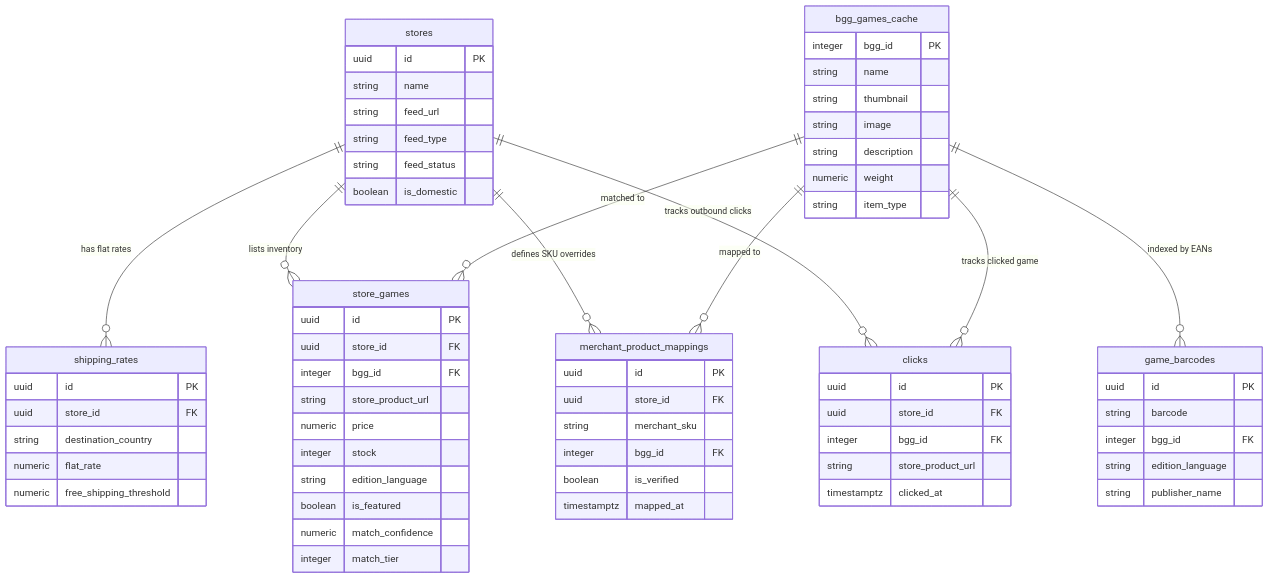
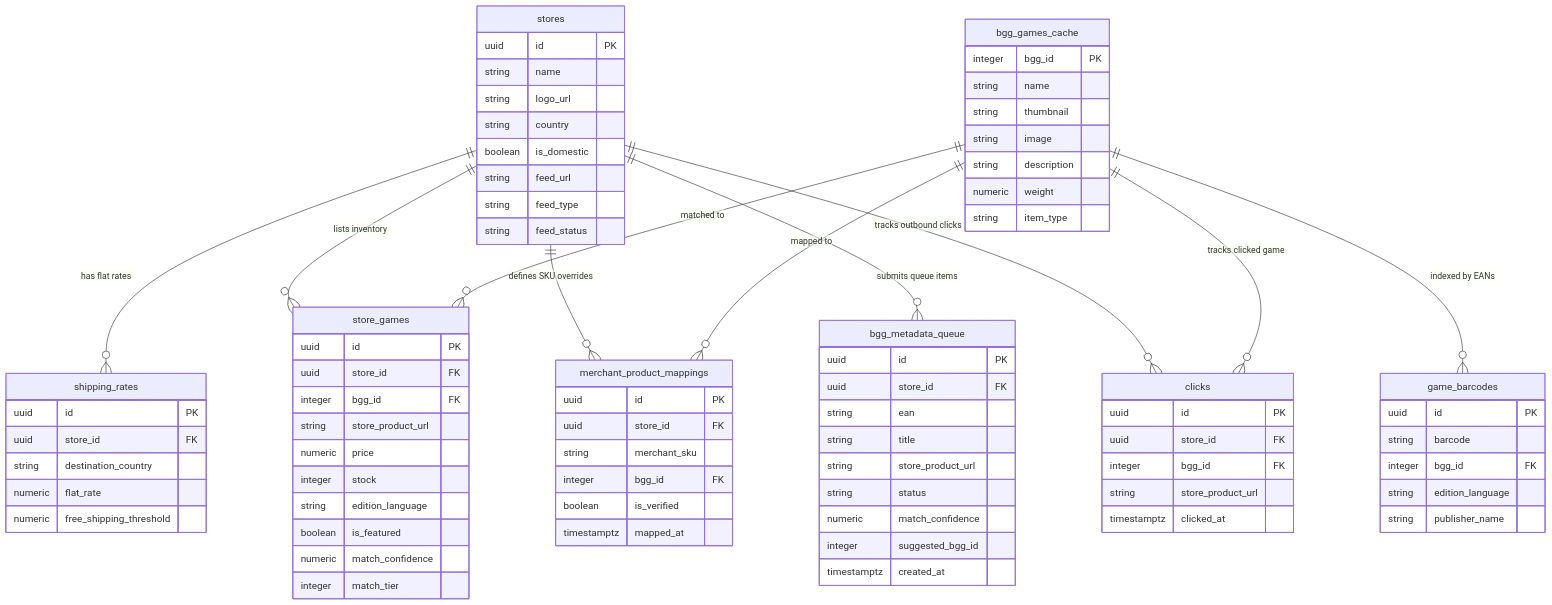
One commit to zapata131/elmeeple-tienda changed the second of 4 diagrams in MASTER_SPECIFICATION.md. Above: the diagram before and after it, drawn with Mermaid. The commit also changed other lines of this file, not shown here.

````diff
--- a/MASTER_SPECIFICATION.md
+++ b/MASTER_SPECIFICATION.md
@@ -140,6 +141,7 @@
     stores ||--o{ shipping_rates : "has flat rates"
     stores ||--o{ store_games : "lists inventory"
     stores ||--o{ merchant_product_mappings : "defines SKU overrides"
+    stores ||--o{ bgg_metadata_queue : "submits queue items"
     bgg_games_cache ||--o{ store_games : "matched to"
     bgg_games_cache ||--o{ game_barcodes : "indexed by EANs"
     bgg_games_cache ||--o{ merchant_product_mappings : "mapped to"
@@ -149,10 +151,12 @@
     stores {
         uuid id PK
         string name
+        string logo_url
+        string country
+        boolean is_domestic
         string feed_url
         string feed_type
         string feed_status
-        boolean is_domestic
     }
 
     shipping_rates {
@@ -210,4 +214,16 @@
         string store_product_url
         timestamptz clicked_at
     }
+
+    bgg_metadata_queue {
+        uuid id PK
+        uuid store_id FK
+        string ean
+        string title
+        string store_product_url
+        string status
+        numeric match_confidence
+        integer suggested_bgg_id
+        timestamptz created_at
+    }
 ```
````
